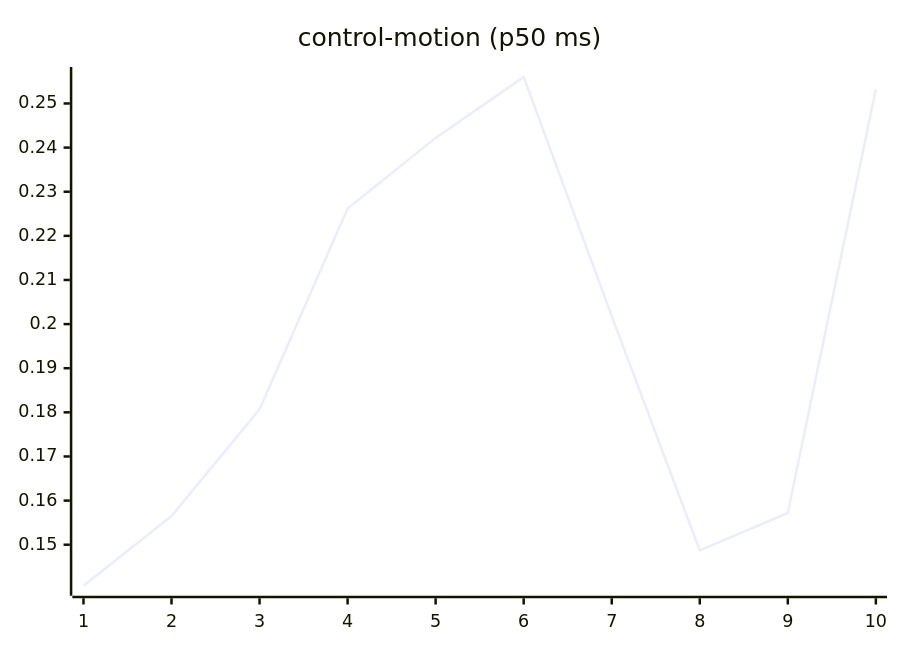
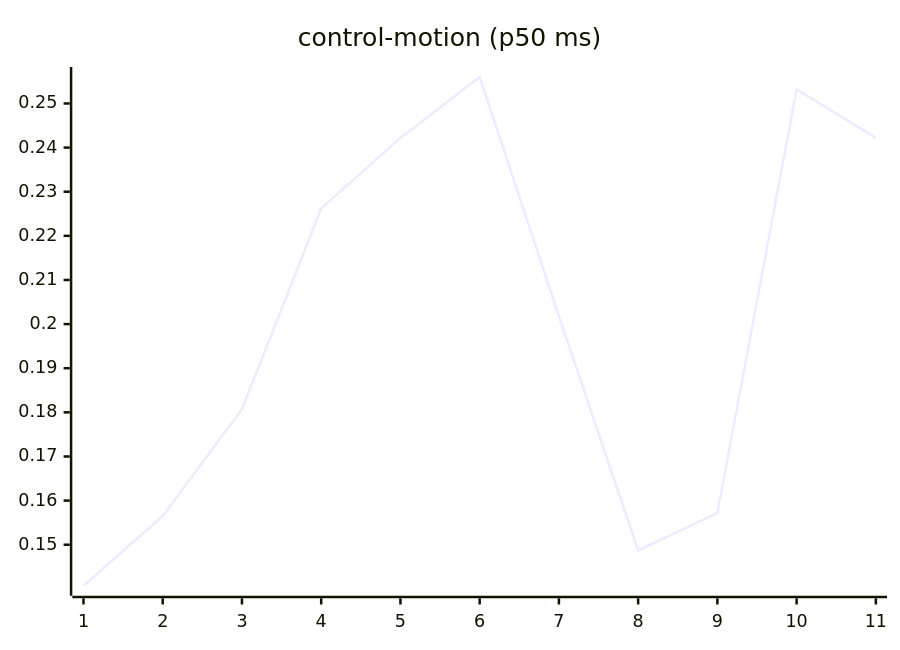
The seventh of 27 diagrams in README.md (josha/Facet), drawn with Mermaid before and after one commit. The commit also changed other lines of this file and 2 other files, not shown here.

````diff
--- a/README.md
+++ b/README.md
@@ -105,6 +105,6 @@
 ```mermaid
 xychart-beta
     title "control-motion (p50 ms)"
-    x-axis 1 --> 10
-    line [0.1407, 0.1565, 0.1807, 0.2262, 0.2422, 0.2560, 0.2018, 0.1487, 0.1572, 0.2532]
+    x-axis 1 --> 11
+    line [0.1407, 0.1565, 0.1807, 0.2262, 0.2422, 0.2560, 0.2018, 0.1487, 0.1572, 0.2532, 0.2422]
 ```
````
